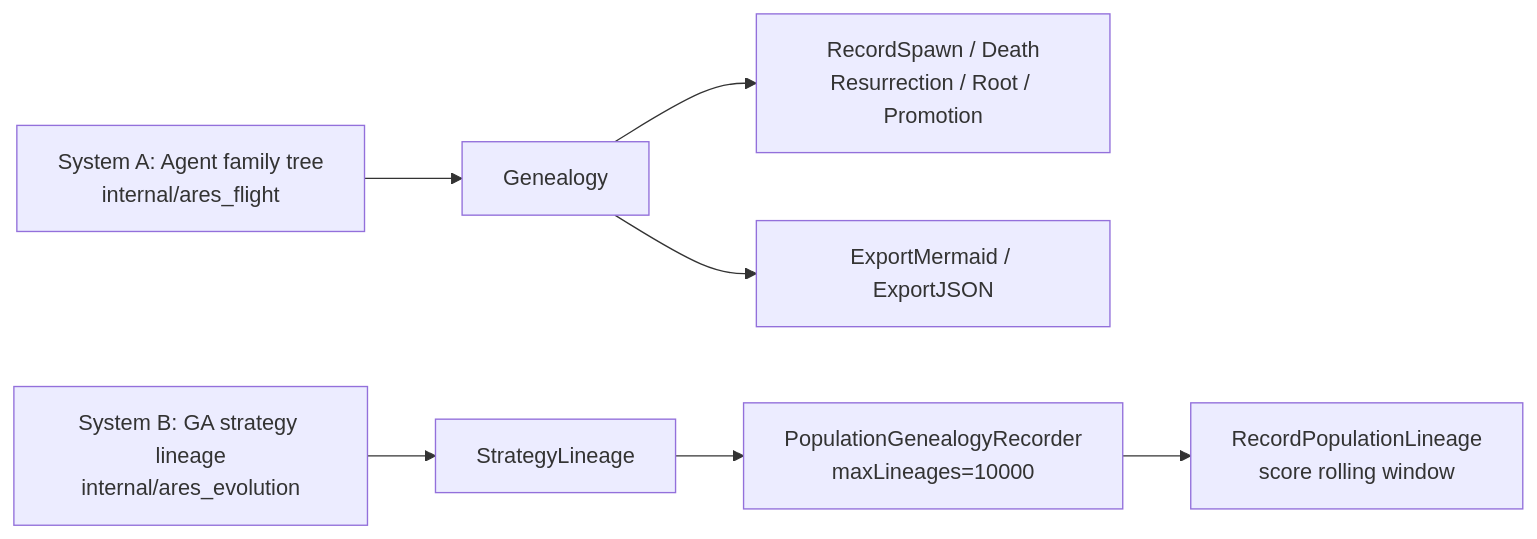
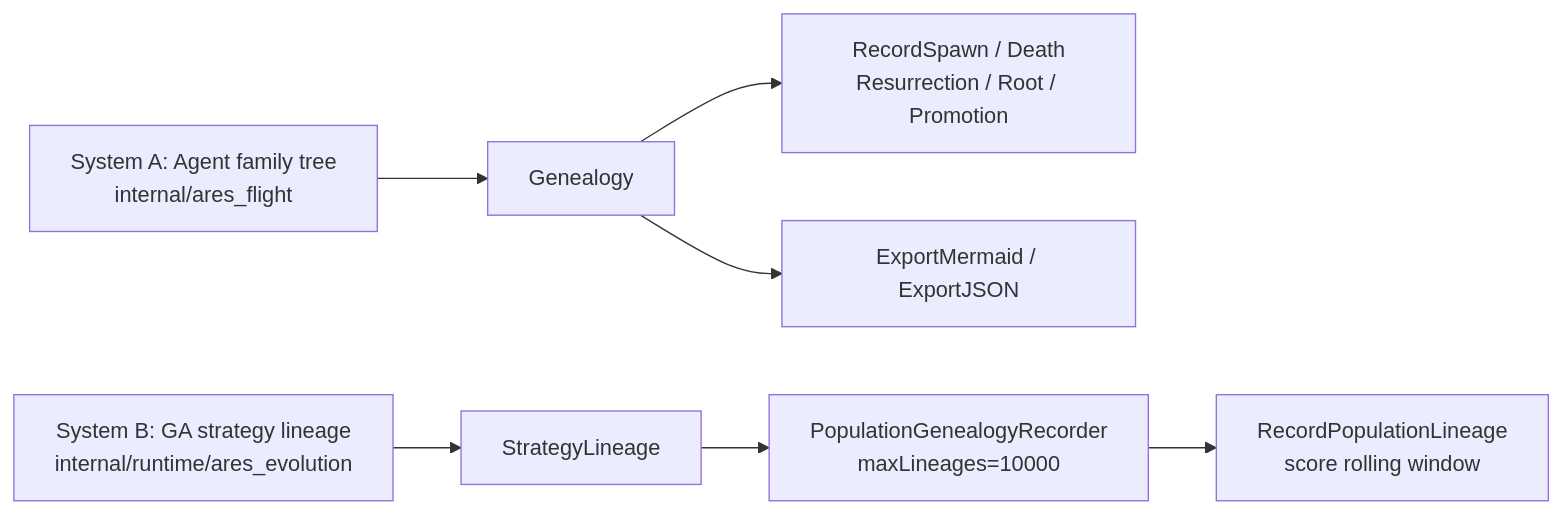
One commit to Timwood0x10/ARES changed the diagram in docs/articles/en/24.5-ga-genealogy.md. Above: the diagram before and after it, drawn with Mermaid. The commit also changed 55 other files, not shown here.

````diff
--- a/docs/articles/en/24.5-ga-genealogy.md
+++ b/docs/articles/en/24.5-ga-genealogy.md
@@ -12,10 +12,10 @@
 ```mermaid
 flowchart LR
     A[System A: Agent family tree<br/>internal/ares_flight] --> A1[Genealogy]
     A1 --> A2[RecordSpawn / Death<br/>Resurrection / Root / Promotion]
     A1 --> A3[ExportMermaid / ExportJSON]
 
-    B[System B: GA strategy lineage<br/>internal/ares_evolution] --> B1[StrategyLineage]
+    B[System B: GA strategy lineage<br/>internal/runtime/ares_evolution] --> B1[StrategyLineage]
     B1 --> B2[PopulationGenealogyRecorder<br/>maxLineages=10000]
     B2 --> B3[RecordPopulationLineage<br/>score rolling window]
 ```
````
